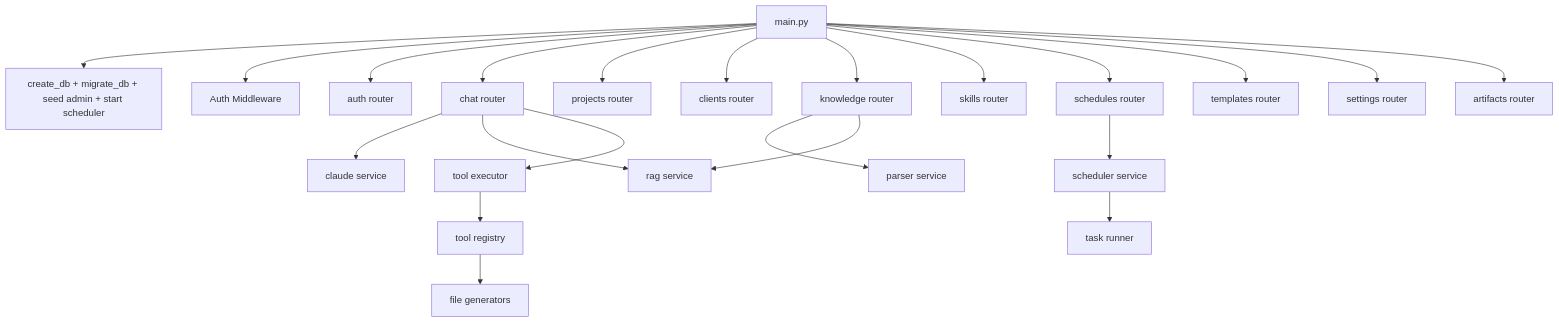
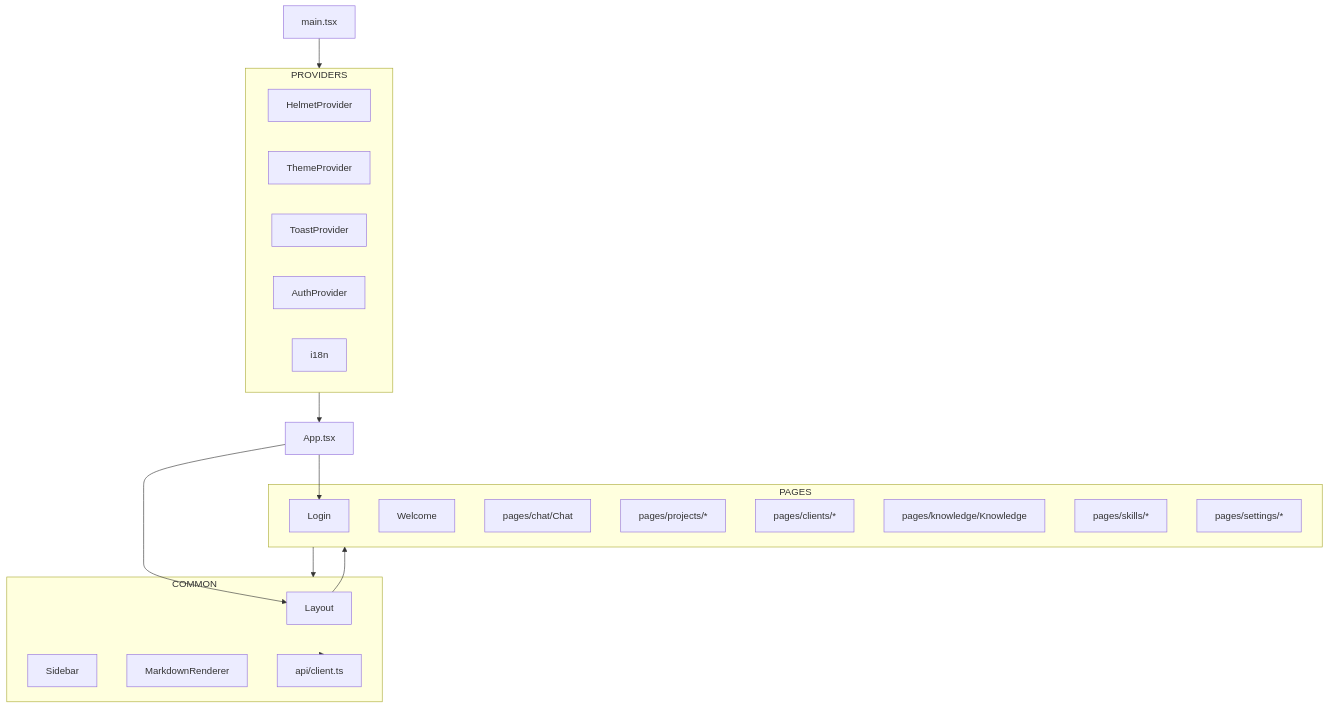
Before and after one commit to guoliang1114-boop/AriaAI: the third of 5 diagrams in docs/06-当前架构图.md, drawn with Mermaid. The commit also changed other lines of this file and 8 other files, not shown here.

Commit message:
docs: refresh architecture and product notes

````diff
--- a/docs/06-当前架构图.md
+++ b/docs/06-当前架构图.md
@@ -126,32 +115,38 @@
 ```mermaid
 flowchart TD
-    MAIN[main.py]
-    DBSETUP[create_db + migrate_db + seed admin + start scheduler]
-    MIDDLEWARE[Auth Middleware]
+    MAIN[main.tsx]
+    APP[App.tsx]
 
-    MAIN --> DBSETUP
-    MAIN --> MIDDLEWARE
-    MAIN --> AUTH[auth router]
-    MAIN --> CHAT[chat router]
-    MAIN --> PROJECTS[projects router]
-    MAIN --> CLIENTS[clients router]
-    MAIN --> KNOWLEDGE[knowledge router]
-    MAIN --> SKILLS[skills router]
-    MAIN --> SCHEDULES[schedules router]
-    MAIN --> TEMPLATES[templates router]
-    MAIN --> SETTINGS[settings router]
-    MAIN --> ARTIFACTS[artifacts router]
+    subgraph PROVIDERS
+        HELMET[HelmetProvider]
+        THEME[ThemeProvider]
+        TOAST[ToastProvider]
+        AUTH[AuthProvider]
+        I18N[i18n]
+    end
 
-    CHAT --> CLAUDE[claude service]
-    CHAT --> RAG[rag service]
-    CHAT --> TOOL_EXEC[tool executor]
+    subgraph PAGES
+        LOGIN[Login]
+        WELCOME[Welcome]
+        CHAT[pages/chat/Chat]
+        PROJECTS[pages/projects/*]
+        CLIENTS[pages/clients/*]
+        KNOW[pages/knowledge/Knowledge]
+        SKILLS[pages/skills/*]
+        SETTINGS[pages/settings/*]
+    end
 
-    KNOWLEDGE --> PARSER[parser service]
-    KNOWLEDGE --> RAG
+    subgraph COMMON
+        LAYOUT[Layout]
+        SIDEBAR[Sidebar]
+        MD[MarkdownRenderer]
+        API[api/client.ts]
+    end
 
-    SCHEDULES --> SCHED[scheduler service]
-    SCHED --> TASK[task runner]
-
-    TOOL_EXEC --> REGISTRY[tool registry]
-    REGISTRY --> FILE_TOOLS[file generators]
+    MAIN --> PROVIDERS --> APP
+    APP --> LOGIN
+    APP --> LAYOUT
+    LAYOUT --> PAGES
+    PAGES --> COMMON
+    COMMON --> API
 ```
````
